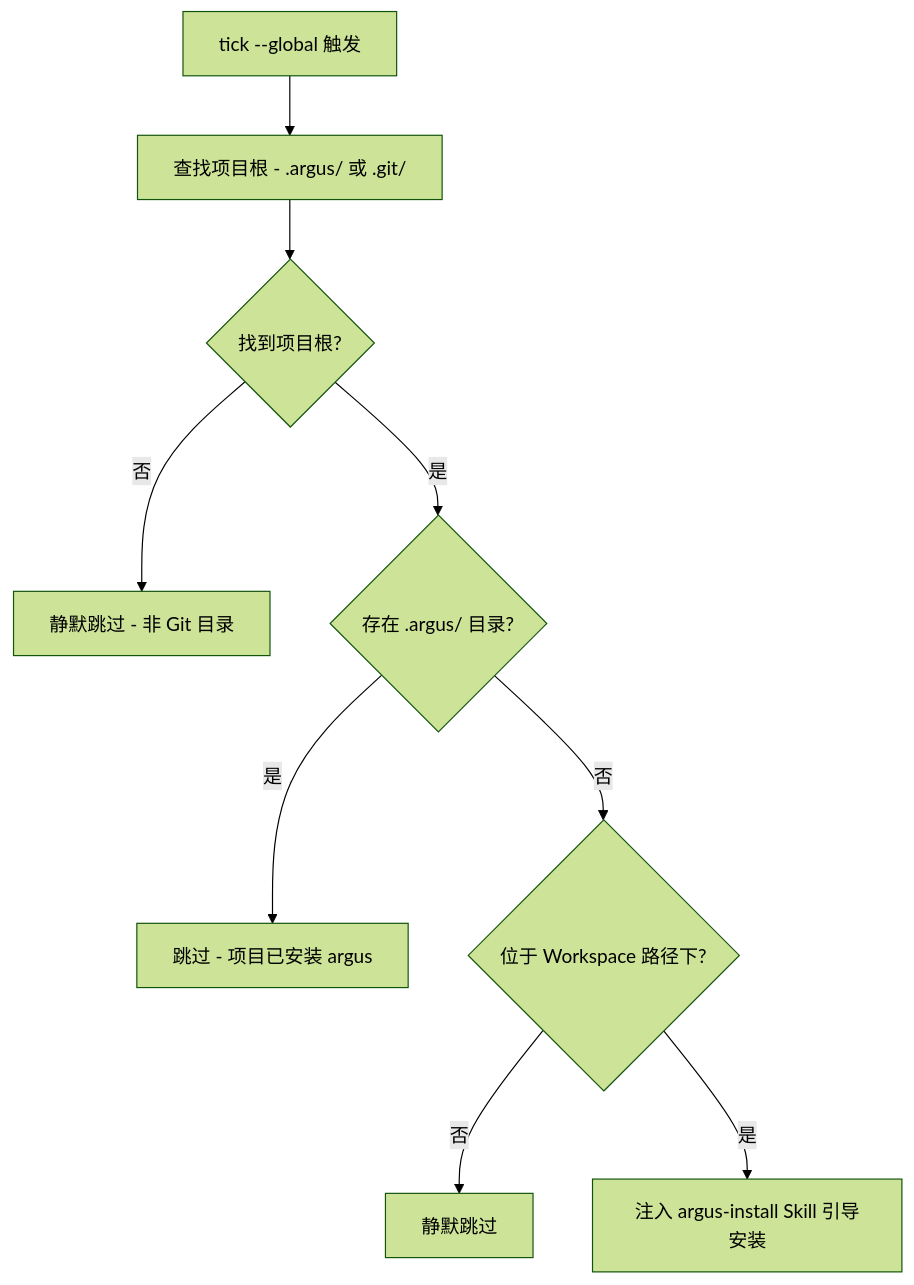
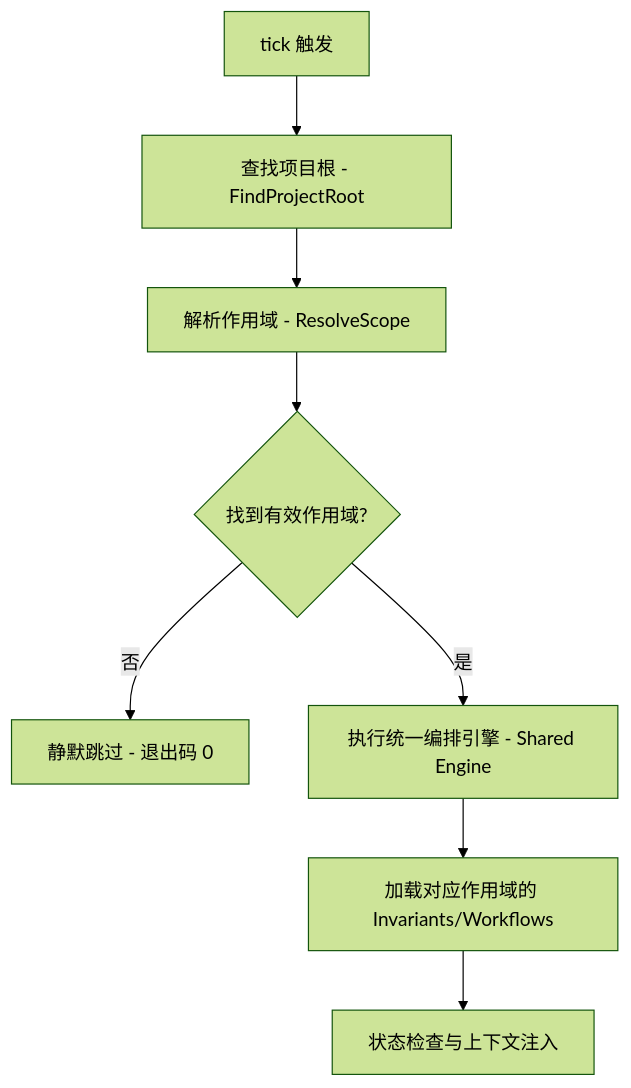
One commit to nextzhou/argus changed the diagram in docs/technical-workspace.md. Above: the diagram before and after it, drawn with Mermaid (forest theme). The commit also changed other lines of this file, not shown here.

Commit message:
docs(workspace): rewrite technical-workspace.md for shared scope model

````diff
--- a/docs/technical-workspace.md
+++ b/docs/technical-workspace.md
@@ -128,11 +86,10 @@
 ```mermaid
 graph TD
-    A[tick --global 触发] --> B[查找项目根 - .argus/ 或 .git/]
-    B --> B1{找到项目根?}
-    B1 -- 否 --> B2[静默跳过 - 非 Git 目录]
-    B1 -- 是 --> C{存在 .argus/ 目录?}
-    C -- 是 --> D[跳过 - 项目已安装 argus]
-    C -- 否 --> E{位于 Workspace 路径下?}
-    E -- 否 --> F[静默跳过]
-    E -- 是 --> G[注入 argus-install Skill 引导安装]
+    A[tick 触发] --> B[查找项目根 - FindProjectRoot]
+    B --> C[解析作用域 - ResolveScope]
+    C --> D{找到有效作用域?}
+    D -- 否 --> E[静默跳过 - 退出码 0]
+    D -- 是 --> F[执行统一编排引擎 - Shared Engine]
+    F --> G[加载对应作用域的 Invariants/Workflows]
+    G --> H[状态检查与上下文注入]
 ```
````
